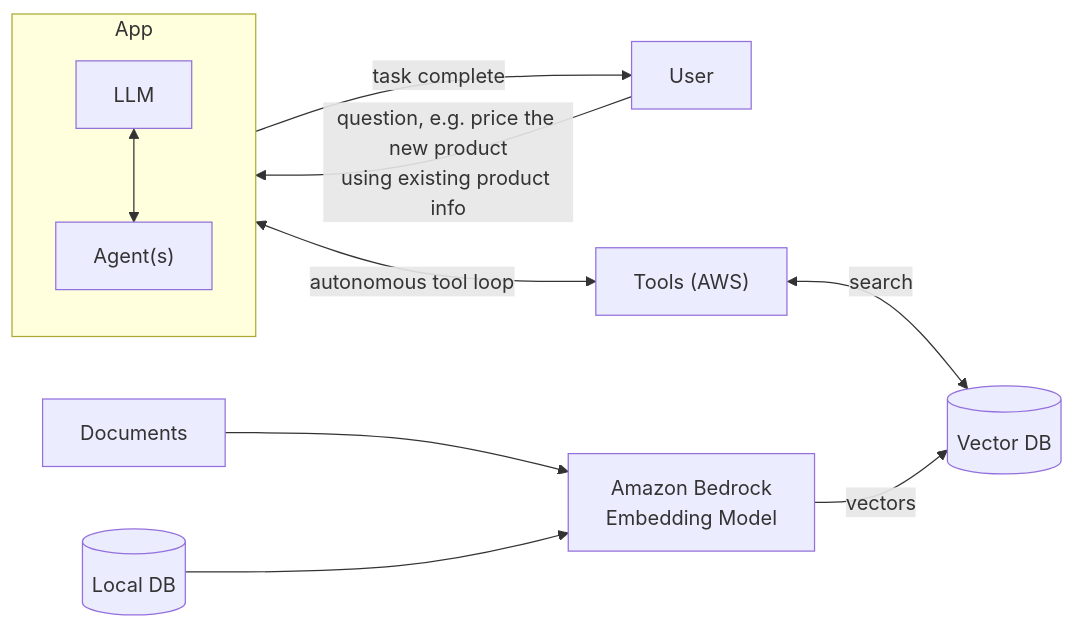
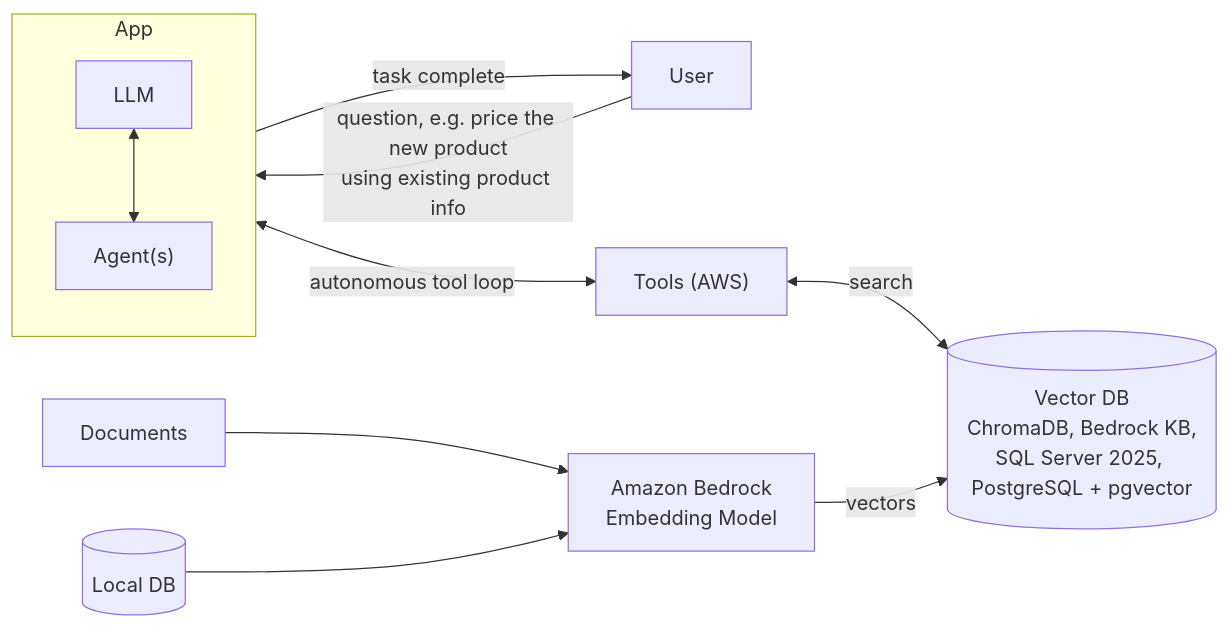
Before and after one commit to KiranGunturu/agentic-rag: the first of 5 diagrams in README.md, drawn with Mermaid. The commit also changed other lines of this file, not shown here.

````diff
--- a/README.md
+++ b/README.md
@@ -9,17 +14,17 @@
 ```mermaid
 flowchart LR
     User["User"] -->|"question, e.g. price the new product<br/>using existing product info"| App
     App -->|"task complete"| User
 
     subgraph App["App"]
         direction TB
         LLM["LLM"] <--> Agents["Agent(s)"]
     end
 
     Agents <-->|"autonomous tool loop"| Tools["Tools (AWS)"]
-    Tools <-->|"search"| VDB[("Vector DB")]
+    Tools <-->|"search"| VDB[("Vector DB<br/>ChromaDB, Bedrock KB,<br/>SQL Server 2025, PostgreSQL + pgvector")]
 
     Docs["Documents"] --> Embed["Amazon Bedrock<br/>Embedding Model"]
     LocalDB[("Local DB")] --> Embed
     Embed -->|"vectors"| VDB
 ```
````
